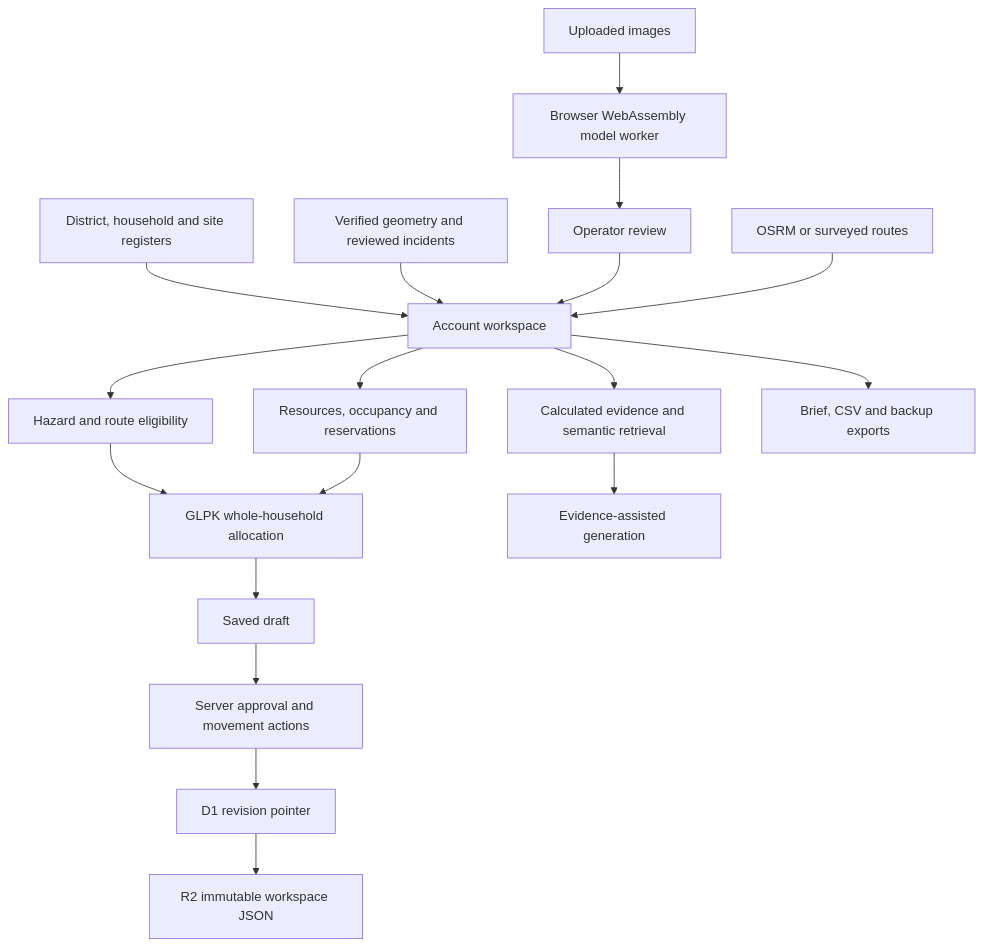
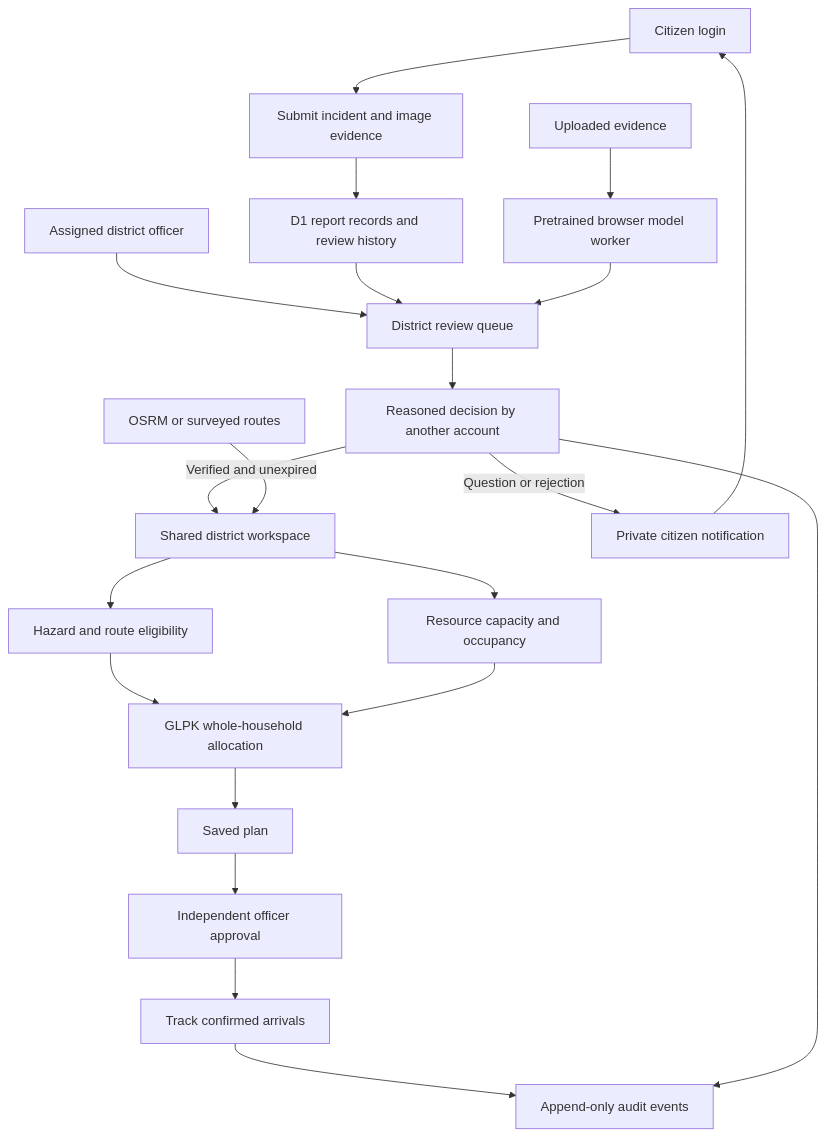
Before and after one commit to nitishrazz8434/suraksha-setu: the diagram in docs/ARCHITECTURE.md, drawn with Mermaid. The commit also changed other lines of this file and 76 other files, not shown here.

Commit message:
Add district planning, account workflows, and evaluated on-device AI

````diff
--- a/docs/ARCHITECTURE.md
+++ b/docs/ARCHITECTURE.md
@@ -3,20 +3,23 @@
 ```mermaid
 flowchart TD
-    R[District, household and site registers] --> W[Account workspace]
-    G[Verified geometry and reviewed incidents] --> W
-    F[Uploaded images] --> AI[Browser WebAssembly model worker]
-    AI --> RV[Operator review]
-    RV --> W
-    OS[OSRM or surveyed routes] --> W
-    W --> GEO[Hazard and route eligibility]
-    W --> CAP[Resources, occupancy and reservations]
+    Citizen[Citizen login] --> Submit[Submit incident and image evidence]
+    Submit --> Records[D1 report records and review history]
+    Officer[Assigned district officer] --> Queue[District review queue]
+    Records --> Queue
+    Queue --> Decision[Reasoned decision by another account]
+    Decision -->|Verified and unexpired| Shared[Shared district workspace]
+    Decision -->|Question or rejection| Notify[Private citizen notification]
+    Notify --> Citizen
+    F[Uploaded evidence] --> AI[Pretrained browser model worker]
+    AI --> Queue
+    OS[OSRM or surveyed routes] --> Shared
+    Shared --> GEO[Hazard and route eligibility]
+    Shared --> CAP[Resource capacity and occupancy]
     GEO --> MILP[GLPK whole-household allocation]
     CAP --> MILP
-    MILP --> D[Saved draft]
-    D --> API[Server approval and movement actions]
-    API --> CAS[D1 revision pointer]
-    CAS --> OBJ[R2 immutable workspace JSON]
-    W --> COP[Calculated evidence and semantic retrieval]
-    COP --> T5[Evidence-assisted generation]
-    W --> EX[Brief, CSV and backup exports]
+    MILP --> Draft[Saved plan]
+    Draft --> Approve[Independent officer approval]
+    Approve --> Move[Track confirmed arrivals]
+    Move --> Audit[Append-only audit events]
+    Decision --> Audit
 ```
````
